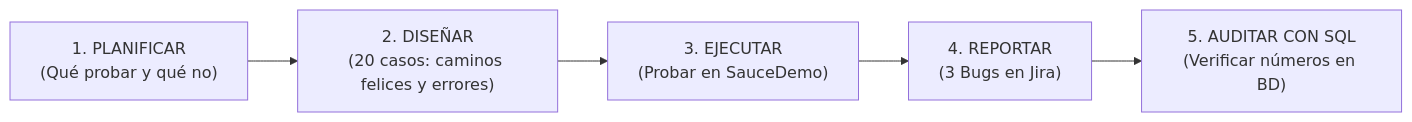
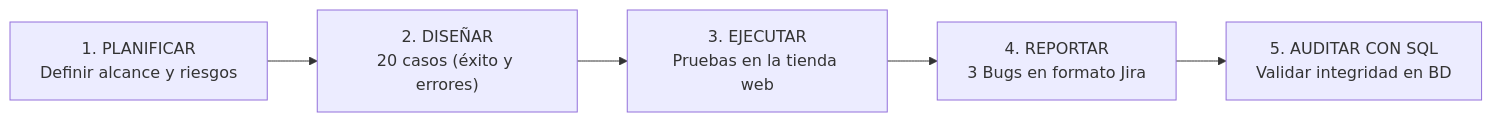
Before and after one commit to davidsc159/qa-manual-testing-portfolio: the first of 2 diagrams in README.md, drawn with Mermaid. The commit also changed other lines of this file, not shown here.

````diff
--- a/README.md
+++ b/README.md
@@ -25,7 +27,7 @@
 ```mermaid
 flowchart LR
-    A["1. PLANIFICAR<br>(Qué probar y qué no)"] --> B["2. DISEÑAR<br>(20 casos: caminos felices y errores)"]
-    B --> C["3. EJECUTAR<br>(Probar en SauceDemo)"]
-    C --> D["4. REPORTAR<br>(3 Bugs en Jira)"]
-    D --> E["5. AUDITAR CON SQL<br>(Verificar números en BD)"]
+    A["1. PLANIFICAR<br>Definir alcance y riesgos"] --> B["2. DISEÑAR<br>20 casos (éxito y errores)"]
+    B --> C["3. EJECUTAR<br>Pruebas en la tienda web"]
+    C --> D["4. REPORTAR<br>3 Bugs en formato Jira"]
+    D --> E["5. AUDITAR CON SQL<br>Validar integridad en BD"]
 ```
````
